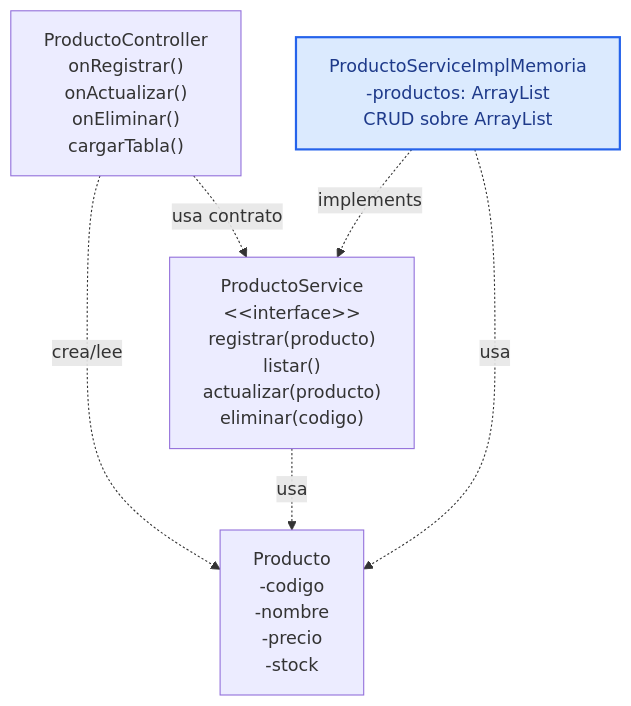
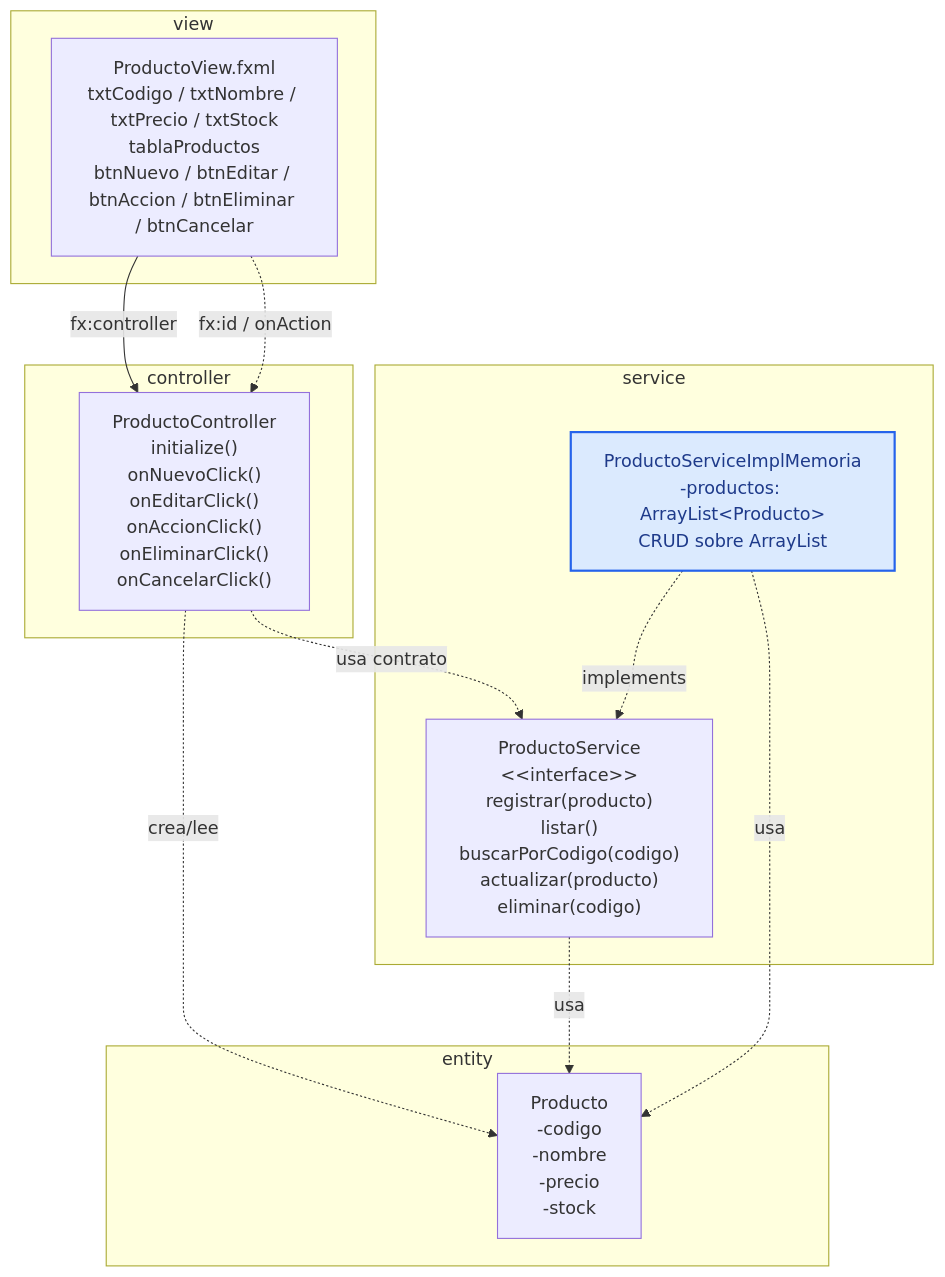
Before and after one commit to 262poo/comarket: the diagram in docs/S07_GUI_CRUD_Memoria.md, drawn with Mermaid. The commit also changed other lines of this file and 16 other files, not shown here.

````diff
--- a/docs/S07_GUI_CRUD_Memoria.md
+++ b/docs/S07_GUI_CRUD_Memoria.md
@@ -64,16 +64,30 @@
 ```mermaid
 flowchart TB
-    ProductoController["ProductoController<br/>onRegistrar()<br/>onActualizar()<br/>onEliminar()<br/>cargarTabla()"]
-    ProductoService["ProductoService<br/>&lt;&lt;interface&gt;&gt;<br/>registrar(producto)<br/>listar()<br/>actualizar(producto)<br/>eliminar(codigo)"]
-    ProductoServiceImplMemoria["ProductoServiceImplMemoria<br/>-productos: ArrayList<br/>CRUD sobre ArrayList"]
-    Producto["Producto<br/>-codigo<br/>-nombre<br/>-precio<br/>-stock"]
+    subgraph View["view"]
+        ProductoView["ProductoView.fxml<br/>txtCodigo / txtNombre / txtPrecio / txtStock<br/>tablaProductos<br/>btnNuevo / btnEditar / btnAccion / btnEliminar / btnCancelar"]
+    end
 
+    subgraph Controller["controller"]
+        ProductoController["ProductoController<br/>initialize()<br/>onNuevoClick()<br/>onEditarClick()<br/>onAccionClick()<br/>onEliminarClick()<br/>onCancelarClick()"]
+    end
+
+    subgraph Service["service"]
+        ProductoService["ProductoService<br/>&lt;&lt;interface&gt;&gt;<br/>registrar(producto)<br/>listar()<br/>buscarPorCodigo(codigo)<br/>actualizar(producto)<br/>eliminar(codigo)"]
+        ProductoServiceImplMemoria["ProductoServiceImplMemoria<br/>-productos: ArrayList&lt;Producto&gt;<br/>CRUD sobre ArrayList"]
+    end
+
+    subgraph Entity["entity"]
+        Producto["Producto<br/>-codigo<br/>-nombre<br/>-precio<br/>-stock"]
+    end
+
+    ProductoView -->|"fx:controller"| ProductoController
+    ProductoView -.->|"fx:id / onAction"| ProductoController
     ProductoController -. usa contrato .-> ProductoService
     ProductoController -. crea/lee .-> Producto
     ProductoServiceImplMemoria -. implements .-> ProductoService
     ProductoService -. usa .-> Producto
     ProductoServiceImplMemoria -. usa .-> Producto
 
     classDef serviceImpl fill:#dbeafe,stroke:#2563eb,stroke-width:2px,color:#1e3a8a;
     class ProductoServiceImplMemoria serviceImpl;
 ```
````
